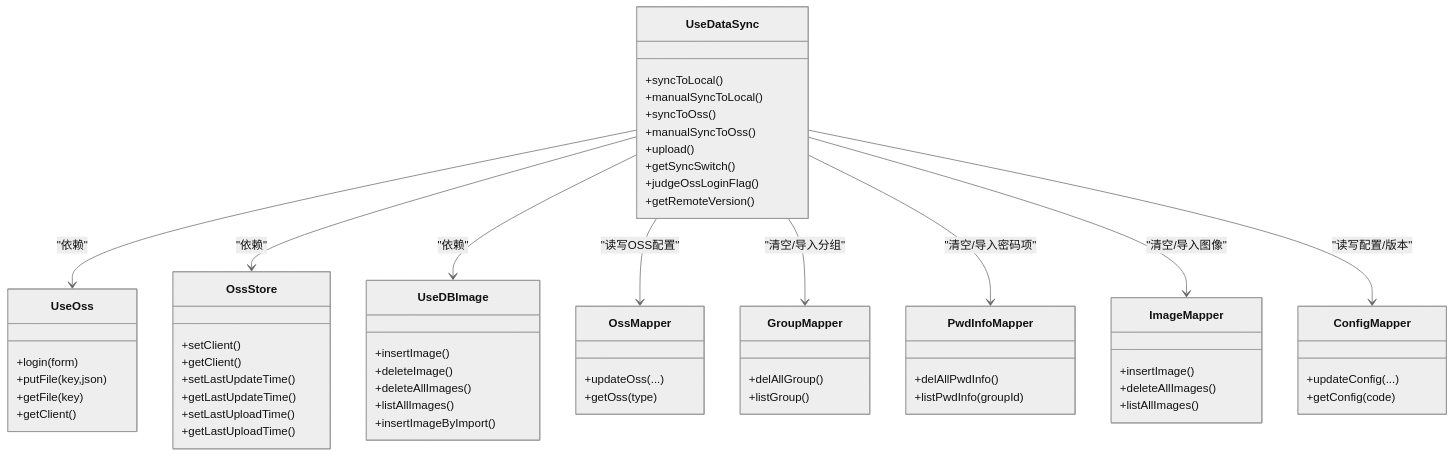
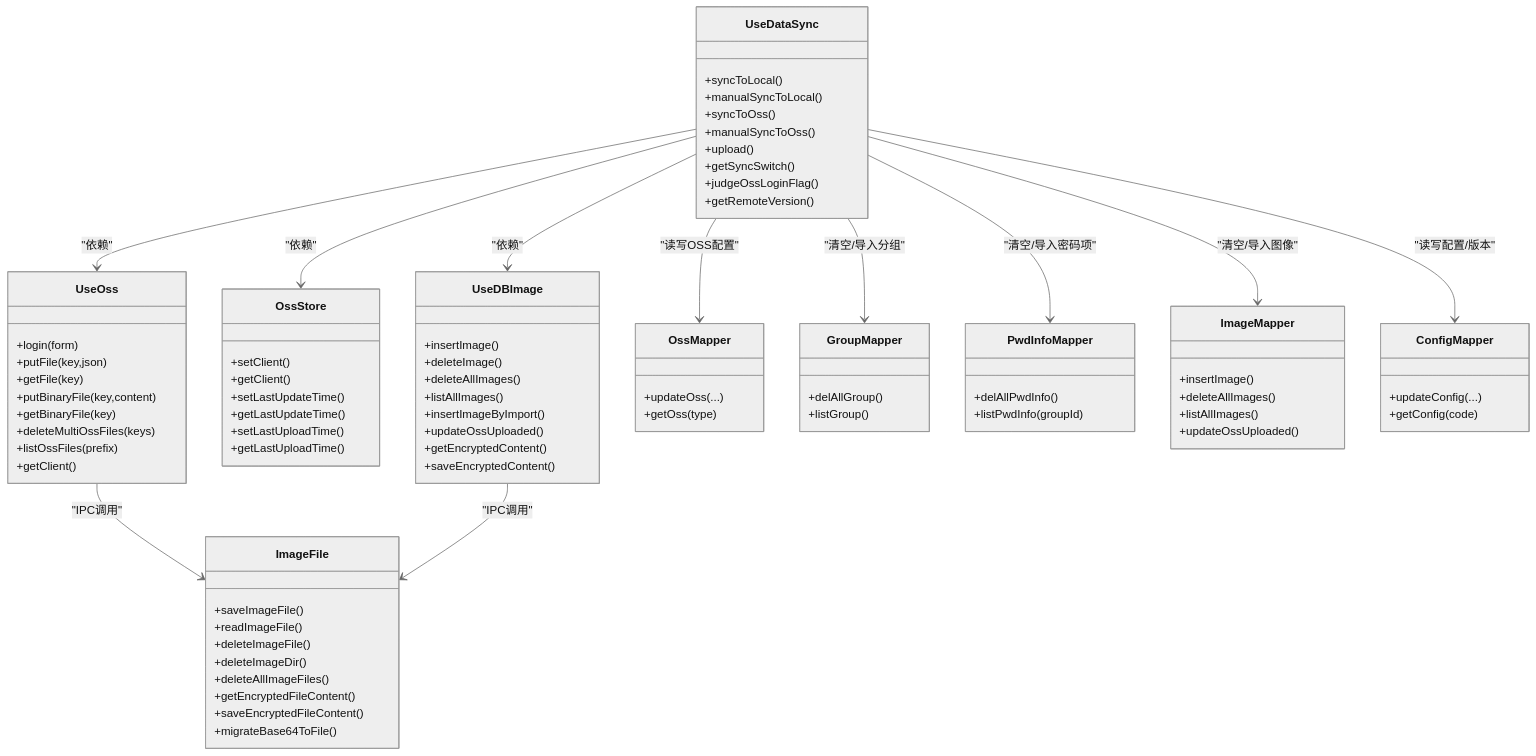
The fifth of 5 diagrams in .qoder/repowiki/zh/content/业务逻辑层/数据同步机制.md (scgithub3220216/password-manager), drawn with Mermaid (neutral theme) before and after one commit. The commit also changed other lines of this file and 23 other files, not shown here.

First line of the commit message:
feat(sync): 完善图像数据同步架构与处理逻辑

````diff
--- a/.qoder/repowiki/zh/content/业务逻辑层/数据同步机制.md
+++ b/.qoder/repowiki/zh/content/业务逻辑层/数据同步机制.md
@@ -353,6 +392,10 @@
 +login(form)
 +putFile(key,json)
 +getFile(key)
++putBinaryFile(key,content)
++getBinaryFile(key)
++deleteMultiOssFiles(keys)
++listOssFiles(prefix)
 +getClient()
 }
 class OssStore {
@@ -369,6 +412,19 @@
 +deleteAllImages()
 +listAllImages()
 +insertImageByImport()
++updateOssUploaded()
++getEncryptedContent()
++saveEncryptedContent()
+}
+class ImageFile {
++saveImageFile()
++readImageFile()
++deleteImageFile()
++deleteImageDir()
++deleteAllImageFiles()
++getEncryptedFileContent()
++saveEncryptedFileContent()
++migrateBase64ToFile()
 }
 class OssMapper {
 +updateOss(...)
@@ -386,6 +442,7 @@
 +insertImage()
 +deleteAllImages()
 +listAllImages()
++updateOssUploaded()
 }
 class ConfigMapper {
 +updateConfig(...)
@@ -399,4 +456,6 @@
 UseDataSync --> PwdInfoMapper : "清空/导入密码项"
 UseDataSync --> ImageMapper : "清空/导入图像"
 UseDataSync --> ConfigMapper : "读写配置/版本"
+UseOss --> ImageFile : "IPC调用"
+UseDBImage --> ImageFile : "IPC调用"
 ```
````
